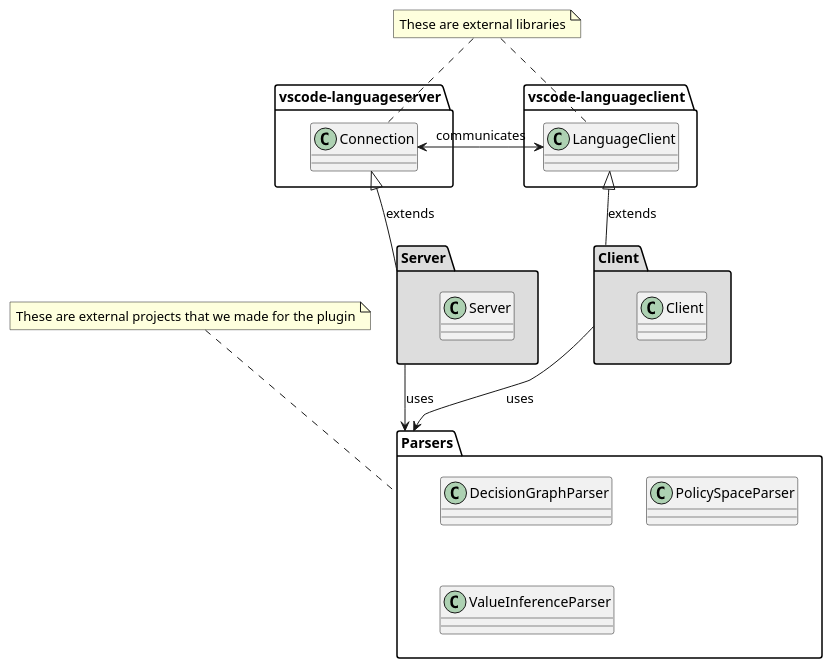
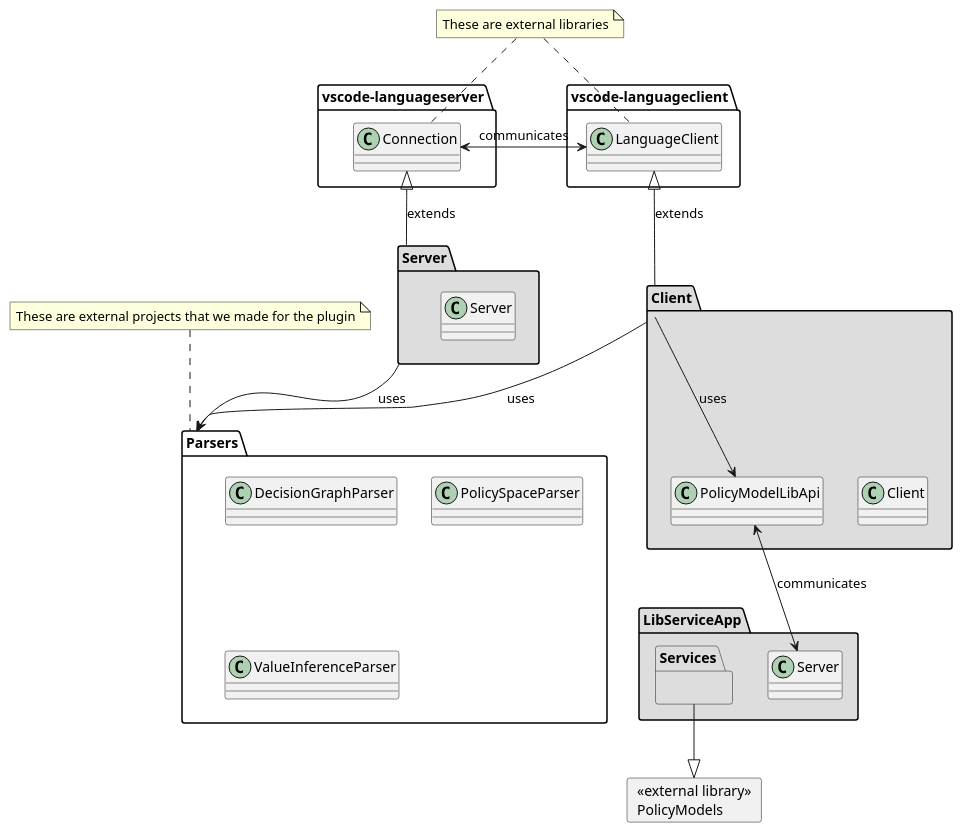
One commit to wolfj123/PolicyModelsPlugin changed the diagram in diagrams/PluginClassDiagram.puml. Above: the diagram before and after it, drawn with PlantUML. The commit also changed 3 other files, not shown here.

Commit message:
update diagrams

```diff
--- a/diagrams/PluginClassDiagram.puml
+++ b/diagrams/PluginClassDiagram.puml
@@ -1,47 +1,72 @@
 @startuml
+
+
+
 
 package vscode-languageclient  {
 	class LanguageClient
 }
 
 package vscode-languageserver  {
 	class Connection {
 
 	}
 }
 
 package Server #DDDDDD {
 
 	class Server {
 	}
 }
 
 
 note "These are external libraries" as n_ext
 n_ext .. Connection
 n_ext .. LanguageClient
 
 note "These are external projects that we made for the plugin" as n_ext2
 n_ext2 .. Parsers
 
 package Client #DDDDDD {
     class Client {
     }
+
+	class PolicyModelLibApi { }
+	
 }
 
 package Parsers {
     class DecisionGraphParser
     class PolicySpaceParser
     class ValueInferenceParser
 }
 
 
+package LibServiceApp #DDDDDD{
+	class "Server" as LibServiceAppServer {}
+
+	package Services #DDDDDD {
+	}
+}
+
+card CLI [
+    <<external library>>
+	 PolicyModels
+]
+
+Services --|> CLI
+
+
+
 LanguageClient <-left-> Connection : communicates
 Client -up-|> LanguageClient : extends
 Server -up-|> Connection : extends
 
 Client -down-> Parsers : uses
 Server -down-> Parsers : uses
+PolicyModelLibApi <--> LibServiceAppServer: communicates
+Client -->  PolicyModelLibApi: uses
+
 
 
 @enduml
```
